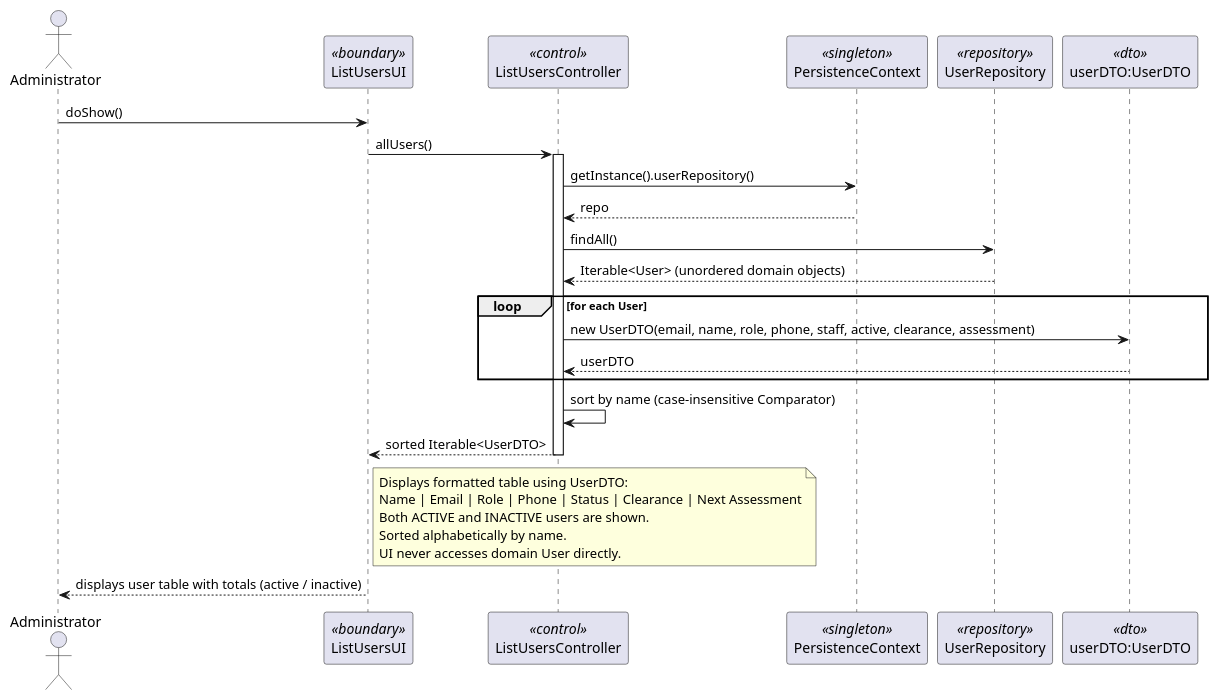
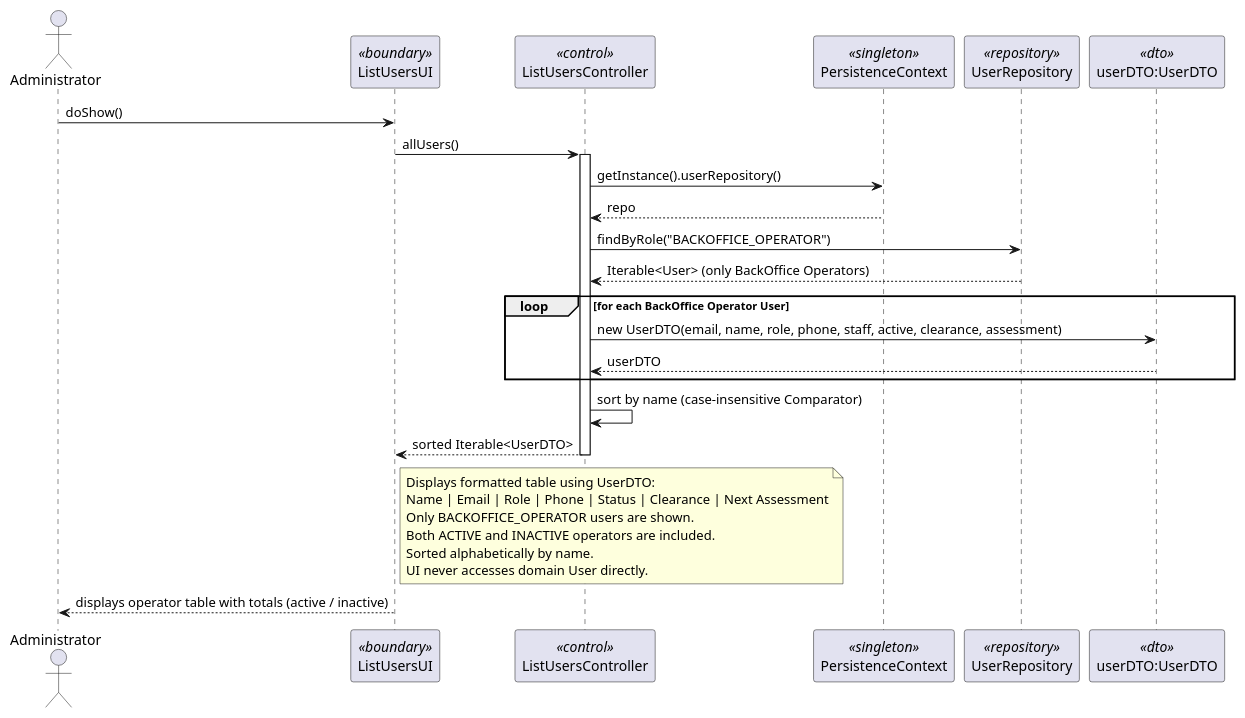
The diagram in docs/Sprint 3/EAPLI/US033/puml/US033-sequence-diagram.puml (DuartePinto1240/sem4pi2526-sem4pi2526_2da2), drawn with PlantUML before and after one commit. The commit also changed 31 other files, not shown here.

```diff
--- a/docs/Sprint 3/EAPLI/US033/puml/US033-sequence-diagram.puml
+++ b/docs/Sprint 3/EAPLI/US033/puml/US033-sequence-diagram.puml
@@ -1,36 +1,37 @@
 @startuml
 actor Administrator
 participant ListUsersUI as UI <<boundary>>
 participant ListUsersController as CTRL <<control>>
 participant PersistenceContext as PCON <<singleton>>
 participant UserRepository as REPO <<repository>>
 participant "userDTO:UserDTO" as DTO <<dto>>
 
 Administrator -> UI : doShow()
 UI -> CTRL : allUsers()
 activate CTRL
 
 CTRL -> PCON : getInstance().userRepository()
 PCON --> CTRL : repo
-CTRL -> REPO : findAll()
-REPO --> CTRL : Iterable<User> (unordered domain objects)
+CTRL -> REPO : findByRole("BACKOFFICE_OPERATOR")
+REPO --> CTRL : Iterable<User> (only BackOffice Operators)
 
-loop for each User
+loop for each BackOffice Operator User
     CTRL -> DTO : new UserDTO(email, name, role, phone, staff, active, clearance, assessment)
     DTO --> CTRL : userDTO
 end
 
 CTRL -> CTRL : sort by name (case-insensitive Comparator)
 CTRL --> UI : sorted Iterable<UserDTO>
 deactivate CTRL
 
 note right of UI
   Displays formatted table using UserDTO:
   Name | Email | Role | Phone | Status | Clearance | Next Assessment
-  Both ACTIVE and INACTIVE users are shown.
+  Only BACKOFFICE_OPERATOR users are shown.
+  Both ACTIVE and INACTIVE operators are included.
   Sorted alphabetically by name.
   UI never accesses domain User directly.
 end note
 
-UI --> Administrator : displays user table with totals (active / inactive)
+UI --> Administrator : displays operator table with totals (active / inactive)
 @enduml
```
